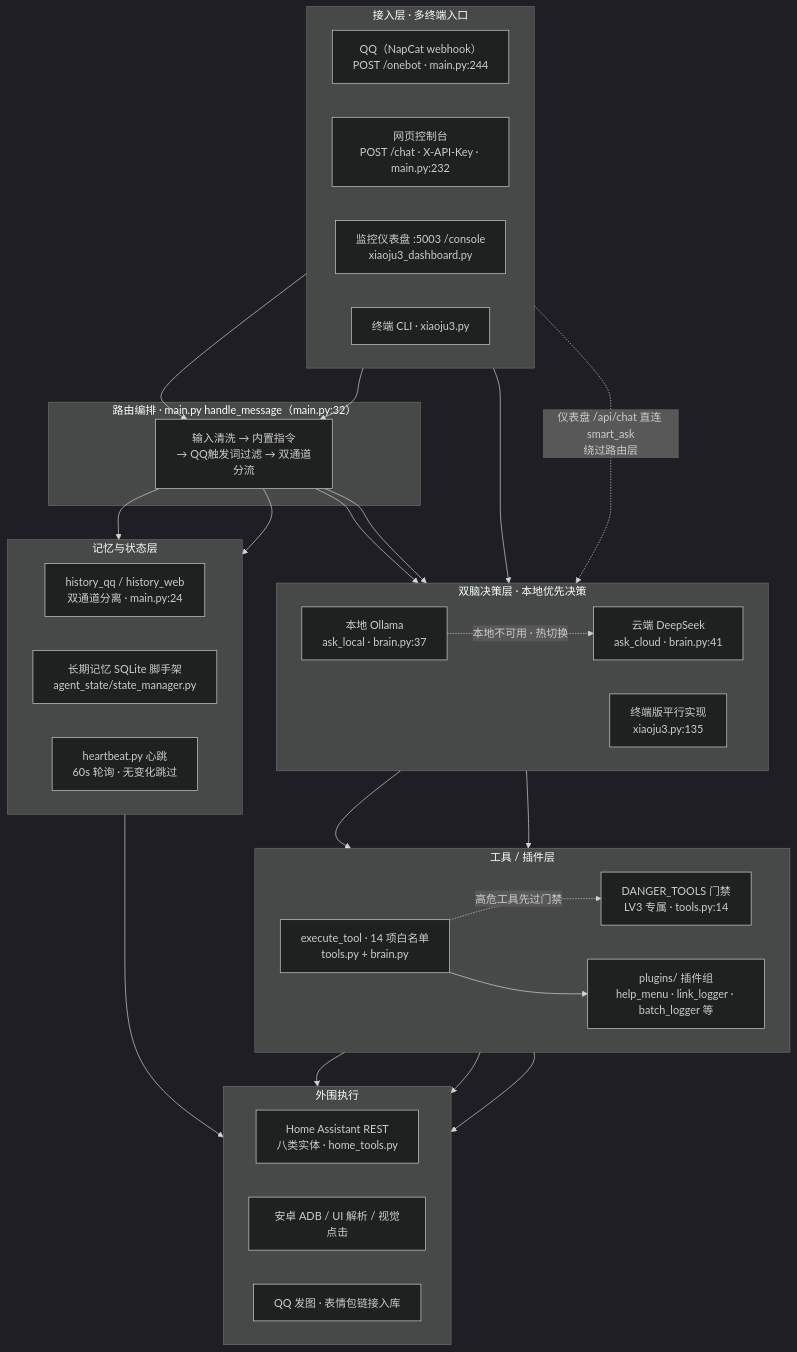
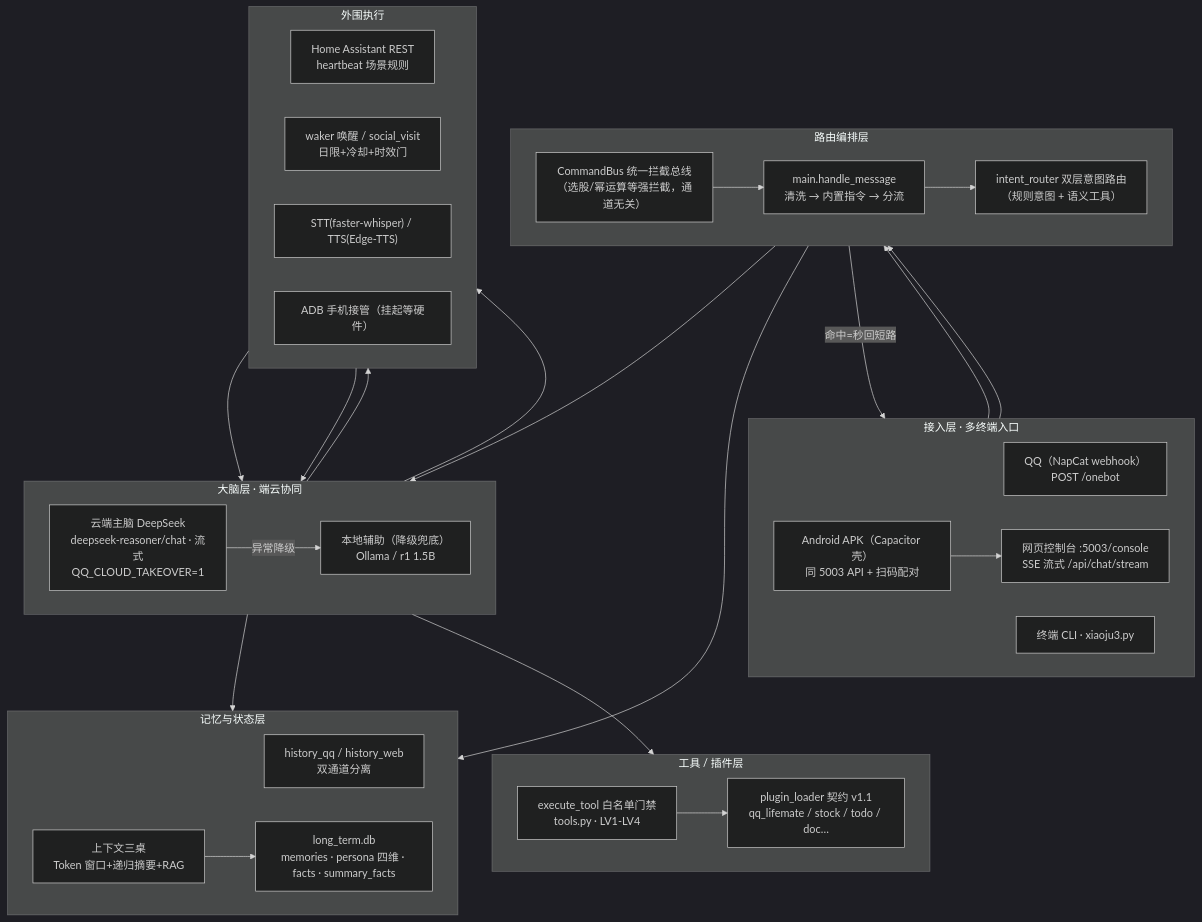
Before and after one commit to Xun201/xiaoju3-agent: the first of 2 diagrams in 架构设计文档.md, drawn with Mermaid (dark theme). The commit also changed other lines of this file and 3 other files, not shown here.

````diff
--- a/架构设计文档.md
+++ b/架构设计文档.md
@@ -29,60 +48,58 @@
 ```mermaid
 flowchart TB
     subgraph ACC["接入层 · 多终端入口"]
         direction LR
-        QQ["QQ（NapCat webhook）<br/>POST /onebot · main.py:244"]
-        WEB["网页控制台<br/>POST /chat · X-API-Key · main.py:232"]
-        DASH["监控仪表盘 :5003 /console<br/>xiaoju3_dashboard.py"]
+        QQ["QQ（NapCat webhook）<br/>POST /onebot"]
+        WEB["网页控制台 :5003/console<br/>SSE 流式 /api/chat/stream"]
+        APK["Android APK（Capacitor 壳）<br/>同 5003 API + 扫码配对"]
         CLI["终端 CLI · xiaoju3.py"]
     end
 
-    subgraph ROUTE["路由编排 · main.py handle_message（main.py:32）"]
-        HM["输入清洗 → 内置指令<br/>→ QQ触发词过滤 → 双通道分流"]
+    subgraph ROUTE["路由编排层"]
+        direction LR
+        BUS["CommandBus 统一拦截总线<br/>（选股/幂运算等强拦截，通道无关）"]
+        IR["intent_router 双层意图路由<br/>（规则意图 + 语义工具）"]
+        HM["main.handle_message<br/>清洗 → 内置指令 → 分流"]
     end
 
-    subgraph BRAIN["双脑决策层 · 本地优先决策"]
+    subgraph BRAIN["大脑层 · 端云协同"]
         direction LR
-        LOCAL["本地 Ollama<br/>ask_local · brain.py:37"]
-        CLOUD["云端 DeepSeek<br/>ask_cloud · brain.py:41"]
-        CB["终端版平行实现<br/>xiaoju3.py:135"]
+        CLOUD["云端主脑 DeepSeek<br/>deepseek-reasoner/chat · 流式<br/>QQ_CLOUD_TAKEOVER=1"]
+        LOCAL["本地辅助（降级兜底）<br/>Ollama / r1 1.5B"]
     end
 
     subgraph TOOLS["工具 / 插件层"]
         direction LR
-        EXEC["execute_tool · 14 项白名单<br/>tools.py + brain.py"]
-        GATE["DANGER_TOOLS 门禁<br/>LV3 专属 · tools.py:14"]
-        PLG["plugins/ 插件组<br/>help_menu · link_logger · batch_logger 等"]
+        EXEC["execute_tool 白名单门禁<br/>tools.py · LV1-LV4"]
+        PLG["plugin_loader 契约 v1.1<br/>qq_lifemate / stock / todo / doc…"]
     end
 
     subgraph MEM["记忆与状态层"]
         direction LR
-        HIS["history_qq / history_web<br/>双通道分离 · main.py:24"]
-        CORE["长期记忆 SQLite 脚手架<br/>agent_state/state_manager.py"]
-        HB["heartbeat.py 心跳<br/>60s 轮询 · 无变化跳过"]
+        HIS["history_qq / history_web<br/>双通道分离"]
+        LT["long_term.db<br/>memories · persona 四维 · facts · summary_facts"]
+        CTX["上下文三桌<br/>Token 窗口+递归摘要+RAG"]
     end
 
     subgraph OUTER["外围执行"]
         direction LR
-        HA["Home Assistant REST<br/>八类实体 · home_tools.py"]
-        ADB["安卓 ADB / UI 解析 / 视觉点击"]
-        IMG["QQ 发图 · 表情包链接入库"]
+        HA["Home Assistant REST<br/>heartbeat 场景规则"]
+        WAKE["waker 唤醒 / social_visit<br/>日限+冷却+时效门"]
+        VOICE["STT(faster-whisper) / TTS(Edge-TTS)"]
+        ADB["ADB 手机接管（挂起等硬件）"]
     end
 
-    QQ --> HM
-    WEB --> HM
-    DASH -. "仪表盘 /api/chat 直连 smart_ask<br/>绕过路由层" .-> BRAIN
-    CLI --> CB
-    HM --> LOCAL
-    HM --> CLOUD
-    LOCAL -. "本地不可用 · 热切换" .-> CLOUD
-    LOCAL --> EXEC
-    CLOUD --> EXEC
-    EXEC -. "高危工具先过门禁" .-> GATE
-    EXEC --> PLG
-    EXEC --> HA
-    EXEC --> ADB
-    EXEC --> IMG
+    QQ --> BUS
+    WEB --> BUS
+    APK --> WEB
+    BUS -->|"命中=秒回短路"| QQ
+    BUS --> HM --> IR --> BRAIN
+    CLOUD -->|"异常降级"| LOCAL
+    BRAIN --> EXEC --> PLG
+    BRAIN --> HA
+    BRAIN --> ADB
     HM --> HIS
-    HM --> CORE
-    HB --> HA
+    BRAIN --> CTX --> LT
+    WAKE --> BRAIN
+    VOICE --> BRAIN
 ```
````
